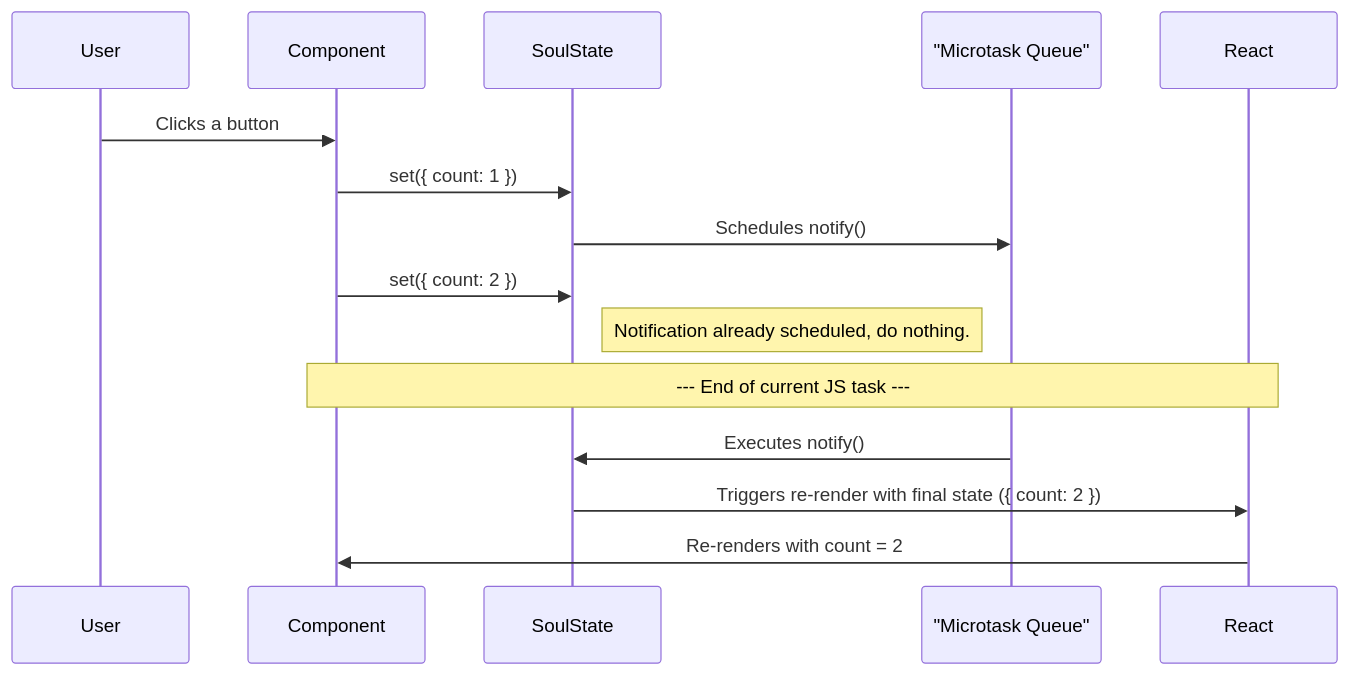
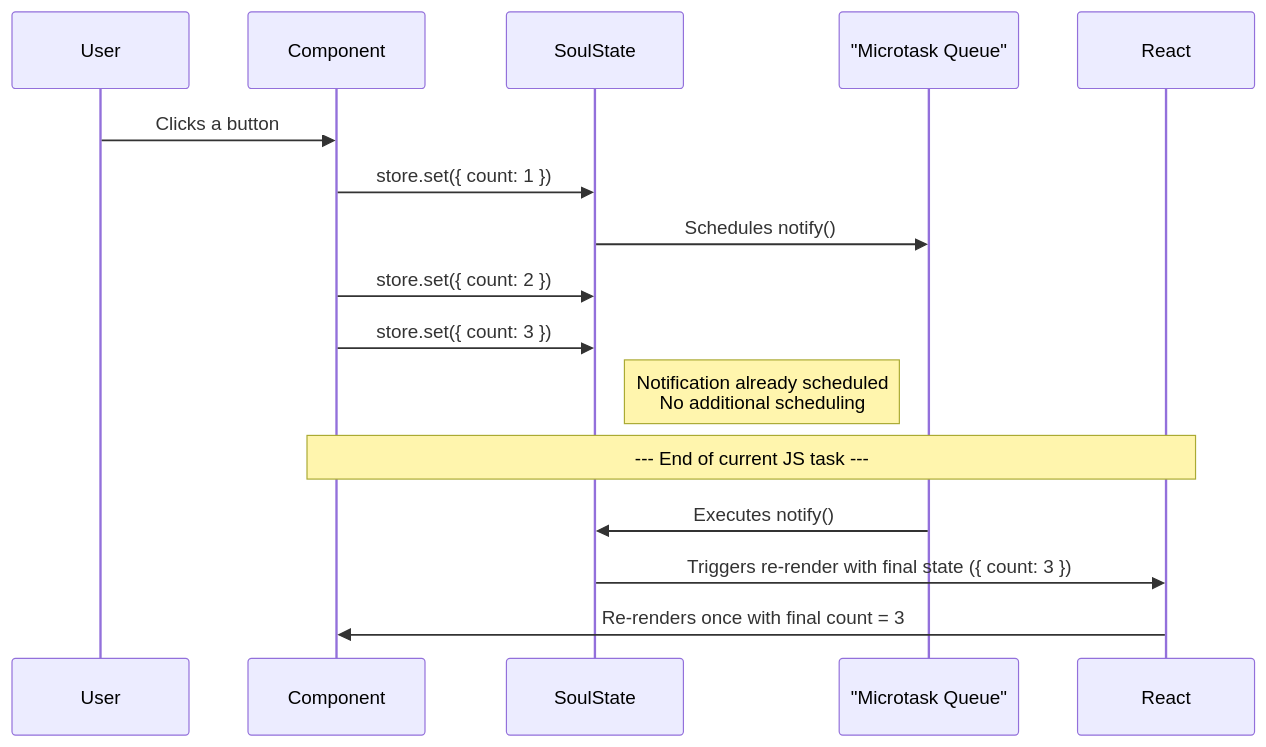
Before and after one commit to kasihagustinusT/soulstate: the diagram in documentation/docs/concepts/batching.mdx, drawn with Mermaid. The commit also changed other lines of this file and 24 other files, not shown here.

````diff
--- a/documentation/docs/concepts/batching.mdx
+++ b/documentation/docs/concepts/batching.mdx
@@ -52,20 +87,21 @@
 ```mermaid
 sequenceDiagram
     participant User
     participant Component
     participant SoulState
     participant MicrotaskQueue as "Microtask Queue"
     participant React
 
     User->>Component: Clicks a button
-    Component->>SoulState: set({ count: 1 })
+    Component->>SoulState: store.set({ count: 1 })
     SoulState->>MicrotaskQueue: Schedules notify()
-    Component->>SoulState: set({ count: 2 })
-    Note right of SoulState: Notification already scheduled, do nothing.
-    
+    Component->>SoulState: store.set({ count: 2 })
+    Component->>SoulState: store.set({ count: 3 })
+    Note right of SoulState: Notification already scheduled<br/>No additional scheduling
+
     Note over Component, React: --- End of current JS task ---
 
     MicrotaskQueue->>SoulState: Executes notify()
-    SoulState->>React: Triggers re-render with final state ({ count: 2 })
-    React->>Component: Re-renders with count = 2
+    SoulState->>React: Triggers re-render with final state ({ count: 3 })
+    React->>Component: Re-renders once with final count = 3
 ```
````
